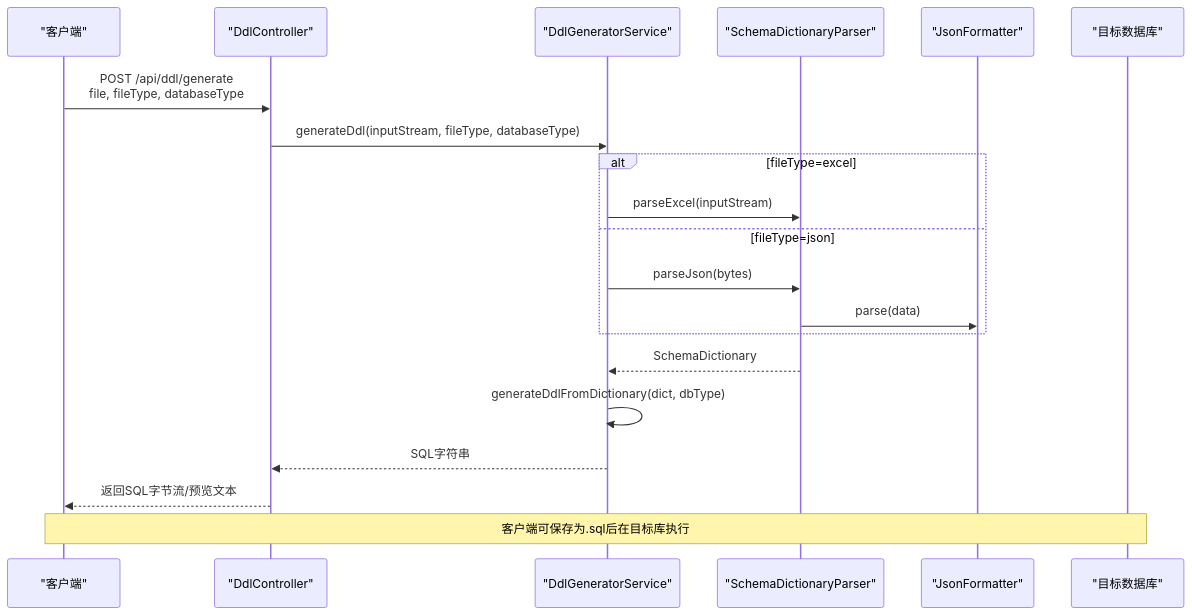
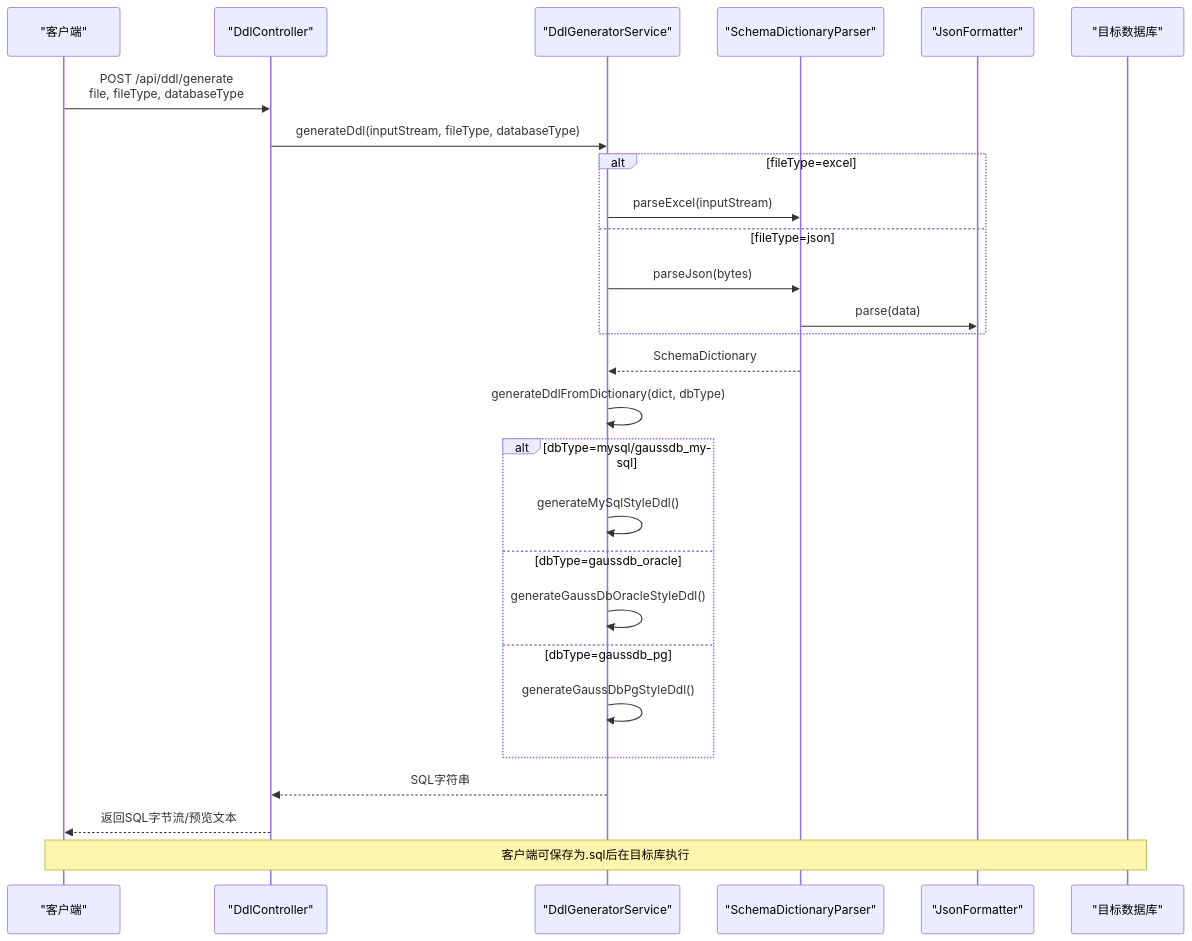
The second of 5 diagrams in .qoder/repowiki/zh/content/API接口参考/DDL生成API.md (SamLing-Why/SchemaSync), drawn with Mermaid before and after one commit. The commit also changed other lines of this file and 32 other files, not shown here.

````diff
--- a/.qoder/repowiki/zh/content/API接口参考/DDL生成API.md
+++ b/.qoder/repowiki/zh/content/API接口参考/DDL生成API.md
@@ -130,22 +134,29 @@
 ```mermaid
 sequenceDiagram
 participant Client as "客户端"
 participant DdlCtrl as "DdlController"
 participant GenSvc as "DdlGeneratorService"
 participant Parser as "SchemaDictionaryParser"
 participant JsonFmt as "JsonFormatter"
 participant DB as "目标数据库"
 Client->>DdlCtrl : POST /api/ddl/generate<br/>file, fileType, databaseType
 DdlCtrl->>GenSvc : generateDdl(inputStream, fileType, databaseType)
 alt fileType=excel
 GenSvc->>Parser : parseExcel(inputStream)
 else fileType=json
 GenSvc->>Parser : parseJson(bytes)
 Parser->>JsonFmt : parse(data)
 end
 Parser-->>GenSvc : SchemaDictionary
 GenSvc->>GenSvc : generateDdlFromDictionary(dict, dbType)
+alt dbType=mysql/gaussdb_mysql
+GenSvc->>GenSvc : generateMySqlStyleDdl()
+else dbType=gaussdb_oracle
+GenSvc->>GenSvc : generateGaussDbOracleStyleDdl()
+else dbType=gaussdb_pg
+GenSvc->>GenSvc : generateGaussDbPgStyleDdl()
+end
 GenSvc-->>DdlCtrl : SQL字符串
 DdlCtrl-->>Client : 返回SQL字节流/预览文本
 Note over Client,DB : 客户端可保存为.sql后在目标库执行
 ```
````
